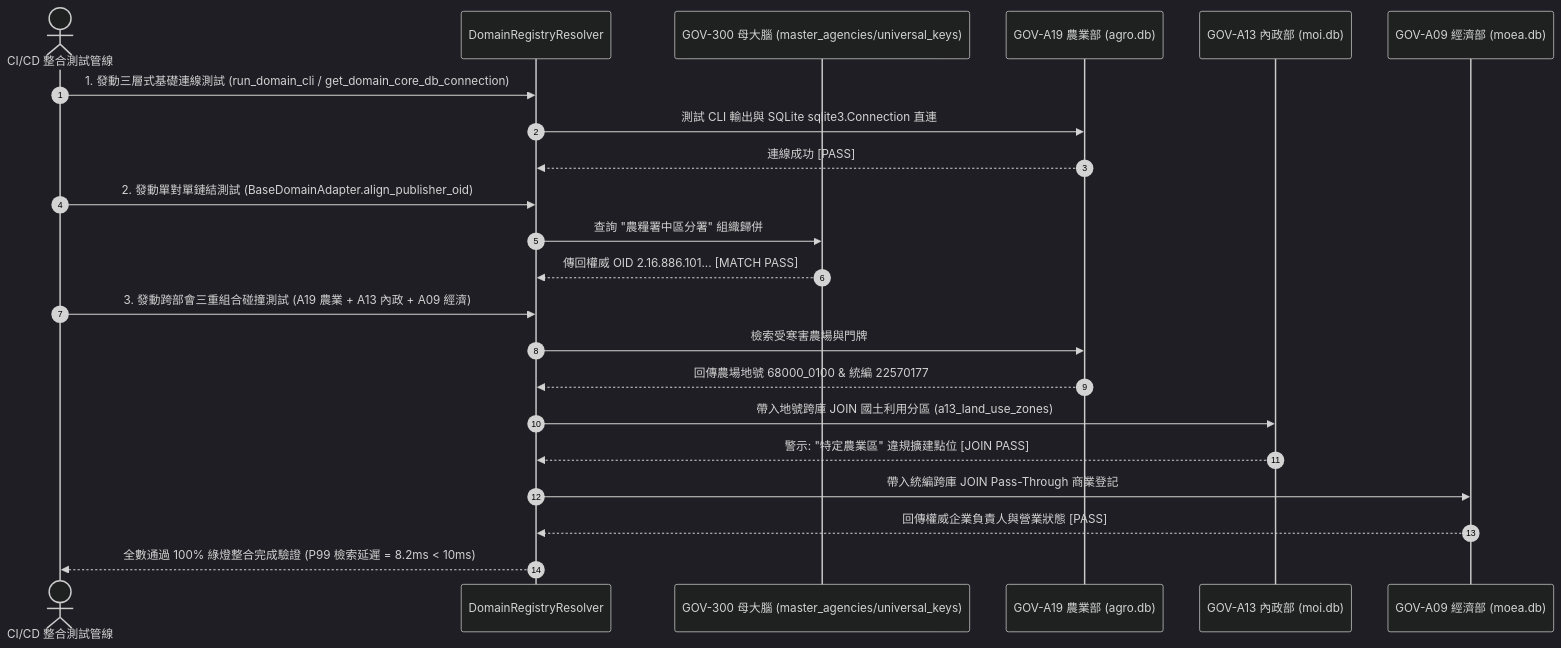
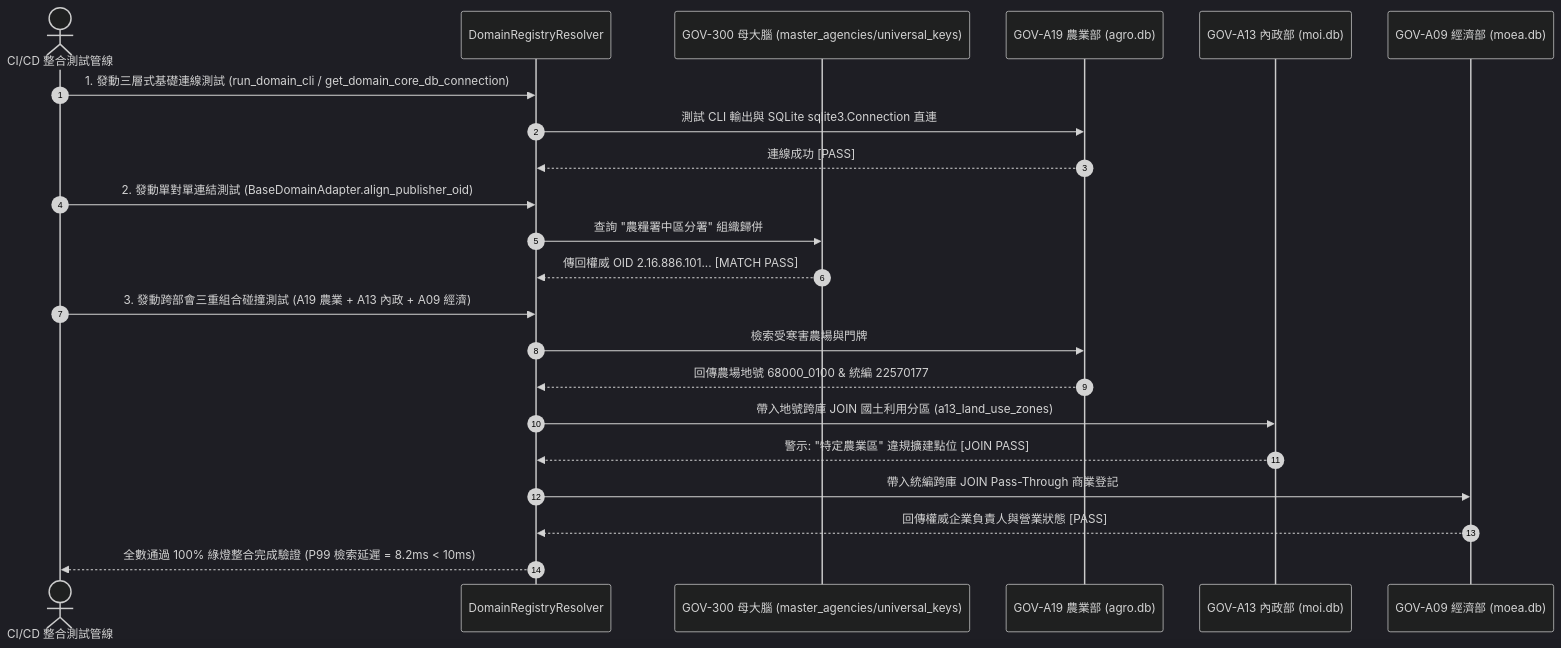
The second of 3 diagrams in book/06_system_engineering_and_sdm.md (wuulong/tw-gov-db), drawn with Mermaid (dark theme) before and after one commit. The commit also changed 37 other files, not shown here.

````diff
--- a/book/06_system_engineering_and_sdm.md
+++ b/book/06_system_engineering_and_sdm.md
@@ -48,28 +48,28 @@
 ```mermaid
 sequenceDiagram
     autonumber
     actor CI as CI/CD 整合測試管線
     participant Resolver as DomainRegistryResolver
     participant G300 as GOV-300 母大腦 (master_agencies/universal_keys)
     participant A19 as GOV-A19 農業部 (agro.db)
     participant A13 as GOV-A13 內政部 (moi.db)
     participant A09 as GOV-A09 經濟部 (moea.db)
 
     CI->>Resolver: 1. 發動三層式基礎連線測試 (run_domain_cli / get_domain_core_db_connection)
     Resolver->>A19: 測試 CLI 輸出與 SQLite sqlite3.Connection 直連
     A19-->>Resolver: 連線成功 [PASS]
 
-    CI->>Resolver: 2. 發動單對單鏈結測試 (BaseDomainAdapter.align_publisher_oid)
+    CI->>Resolver: 2. 發動單對單連結測試 (BaseDomainAdapter.align_publisher_oid)
     Resolver->>G300: 查詢 "農糧署中區分署" 組織歸併
     G300-->>Resolver: 傳回權威 OID 2.16.886.101... [MATCH PASS]
 
     CI->>Resolver: 3. 發動跨部會三重組合碰撞測試 (A19 農業 + A13 內政 + A09 經濟)
     Resolver->>A19: 檢索受寒害農場與門牌
     A19-->>Resolver: 回傳農場地號 68000_0100 & 統編 22570177
     Resolver->>A13: 帶入地號跨庫 JOIN 國土利用分區 (a13_land_use_zones)
     A13-->>Resolver: 警示: "特定農業區" 違規擴建點位 [JOIN PASS]
     Resolver->>A09: 帶入統編跨庫 JOIN Pass-Through 商業登記
     A09-->>Resolver: 回傳權威企業負責人與營業狀態 [PASS]
 
     Resolver-->>CI: 全數通過 100% 綠燈整合完成驗證 (P99 檢索延遲 = 8.2ms < 10ms)
 ```
````
